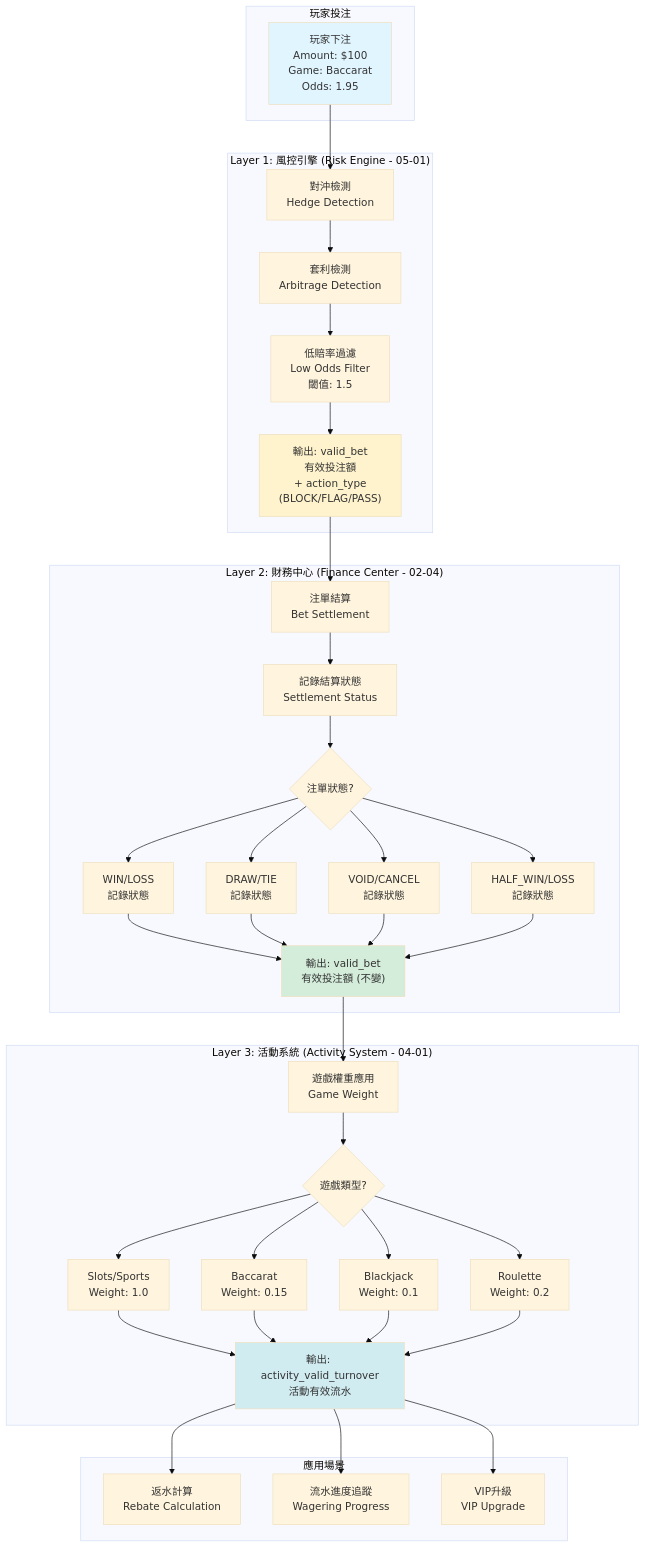
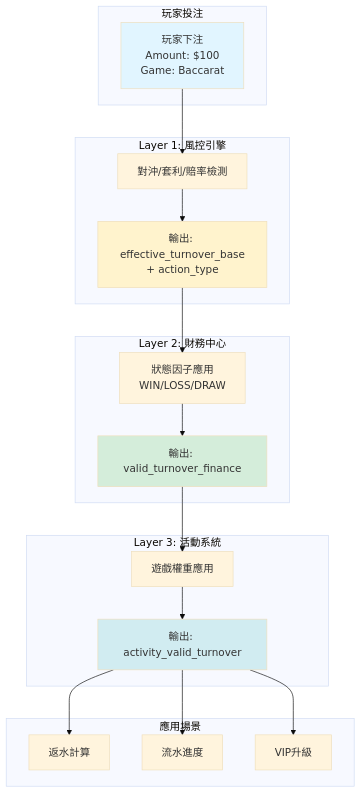
The diagram in docs/iGaming/03_Game_Center/03-04_Turnover_Calculation.md (ron03wlb/smart-admin), drawn with Mermaid (base theme) before and after one commit. The commit also changed other lines of this file and 71 other files, not shown here.

First line of the commit message:
docs(iGaming): restructure documentation architecture

````diff
--- a/docs/iGaming/03_Game_Center/03-04_Turnover_Calculation.md
+++ b/docs/iGaming/03_Game_Center/03-04_Turnover_Calculation.md
@@ -55,74 +80,42 @@
 ```mermaid
 graph TB
     subgraph "玩家投注"
-        A["玩家下注<br/>Amount: $100<br/>Game: Baccarat<br/>Odds: 1.95"]
+        A["玩家下注<br/>Amount: $100<br/>Game: Baccarat"]
     end
 
-    subgraph "Layer 1: 風控引擎 (Risk Engine - 05-01)"
-        B["對沖檢測<br/>Hedge Detection"]
-        C["套利檢測<br/>Arbitrage Detection"]
-        D["低賠率過濾<br/>Low Odds Filter<br/>閾值: 1.5"]
-        E["輸出: valid_bet<br/>有效投注額<br/>+ action_type<br/>(BLOCK/FLAG/PASS)"]
+    subgraph "Layer 1: 風控引擎"
+        B["對沖/套利/賠率檢測"]
+        C["輸出: effective_turnover_base<br/>+ action_type"]
     end
 
-    subgraph "Layer 2: 財務中心 (Finance Center - 02-04)"
-        F["注單結算<br/>Bet Settlement"]
-        G["記錄結算狀態<br/>Settlement Status"]
-        H{注單狀態?}
-        I["WIN/LOSS<br/>記錄狀態"]
-        J["DRAW/TIE<br/>記錄狀態"]
-        K["VOID/CANCEL<br/>記錄狀態"]
-        L["HALF_WIN/LOSS<br/>記錄狀態"]
-        M["輸出: valid_bet<br/>有效投注額 (不變)"]
+    subgraph "Layer 2: 財務中心"
+        D["狀態因子應用<br/>WIN/LOSS/DRAW"]
+        E["輸出: valid_turnover_finance"]
     end
 
-    subgraph "Layer 3: 活動系統 (Activity System - 04-01)"
-        N["遊戲權重應用<br/>Game Weight"]
-        O{遊戲類型?}
-        P["Slots/Sports<br/>Weight: 1.0"]
-        Q["Baccarat<br/>Weight: 0.15"]
-        R["Blackjack<br/>Weight: 0.1"]
-        S["Roulette<br/>Weight: 0.2"]
-        T["輸出: activity_valid_turnover<br/>活動有效流水"]
+    subgraph "Layer 3: 活動系統"
+        F["遊戲權重應用"]
+        G["輸出: activity_valid_turnover"]
     end
 
     subgraph "應用場景"
-        U["返水計算<br/>Rebate Calculation"]
-        V["流水進度追蹤<br/>Wagering Progress"]
-        W["VIP升級<br/>VIP Upgrade"]
+        H["返水計算"]
+        I["流水進度"]
+        J["VIP升級"]
     end
 
     A --> B
     B --> C
     C --> D
     D --> E
     E --> F
     F --> G
     G --> H
-    H --> I
-    H --> J
-    H --> K
-    H --> L
-    I --> M
-    J --> M
-    K --> M
-    L --> M
-    M --> N
-    N --> O
-    O --> P
-    O --> Q
-    O --> R
-    O --> S
-    P --> T
-    Q --> T
-    R --> T
-    S --> T
-    T --> U
-    T --> V
-    T --> W
+    G --> I
+    G --> J
 
     style A fill:#e1f5ff
-    style E fill:#fff3cd
-    style M fill:#d4edda
-    style T fill:#d1ecf1
+    style C fill:#fff3cd
+    style E fill:#d4edda
+    style G fill:#d1ecf1
 ```
````
